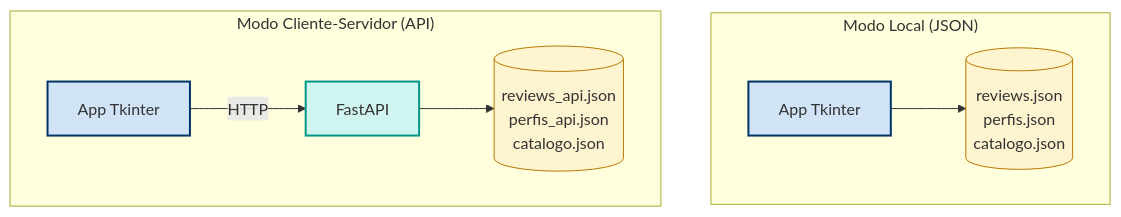
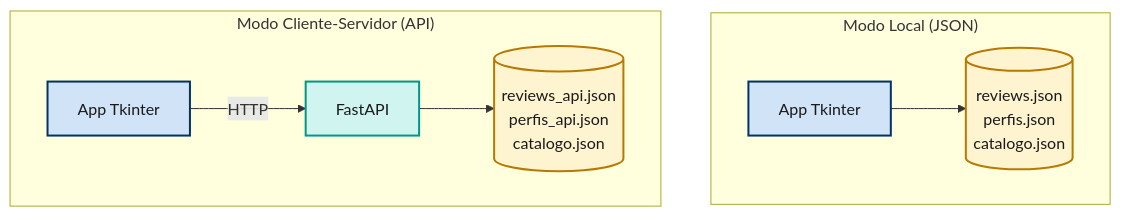
One commit to lordepeter/PDF_Reader changed the second of 4 diagrams in README.md. Above: the diagram before and after it, drawn with Mermaid. The commit also changed other lines of this file, not shown here.

````diff
--- a/README.md
+++ b/README.md
@@ -97,17 +94,17 @@
 ```mermaid
 graph TB
     subgraph "Modo Local (JSON)"
         APP1[App Tkinter] --> JSON1[(reviews.json<br/>perfis.json<br/>catalogo.json)]
     end
 
     subgraph "Modo Cliente-Servidor (API)"
         APP2[App Tkinter] -->|HTTP| API[FastAPI]
         API --> JSON2[(reviews_api.json<br/>perfis_api.json<br/>catalogo.json)]
     end
 
-    style APP1 fill:#D0E3F7,stroke:#003366,stroke-width:2px
-    style APP2 fill:#D0E3F7,stroke:#003366,stroke-width:2px
-    style API fill:#D0F5F0,stroke:#009688,stroke-width:2px
-    style JSON1 fill:#FFF4D0,stroke:#B77900
-    style JSON2 fill:#FFF4D0,stroke:#B77900
+    style APP1 fill:#D0E3F7,stroke:#003366,stroke-width:2px,color:#1a1a1a
+    style APP2 fill:#D0E3F7,stroke:#003366,stroke-width:2px,color:#1a1a1a
+    style API fill:#D0F5F0,stroke:#009688,stroke-width:2px,color:#1a1a1a
+    style JSON1 fill:#FFF4D0,stroke:#B77900,stroke-width:2px,color:#1a1a1a
+    style JSON2 fill:#FFF4D0,stroke:#B77900,stroke-width:2px,color:#1a1a1a
 ```
````
